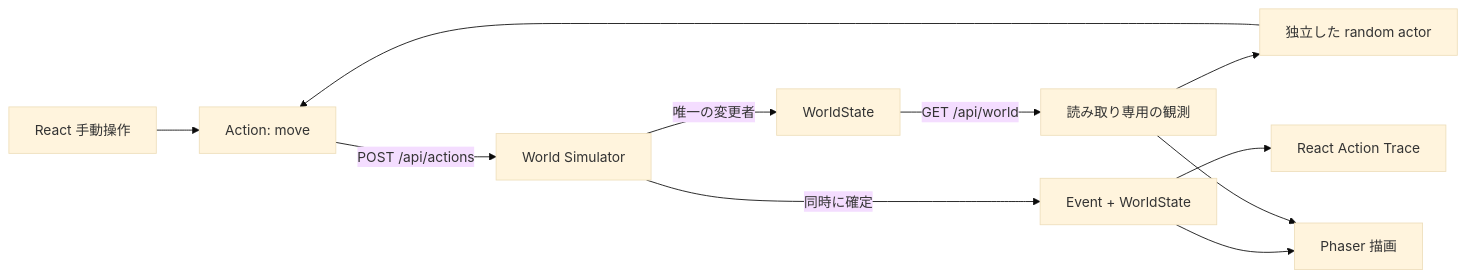
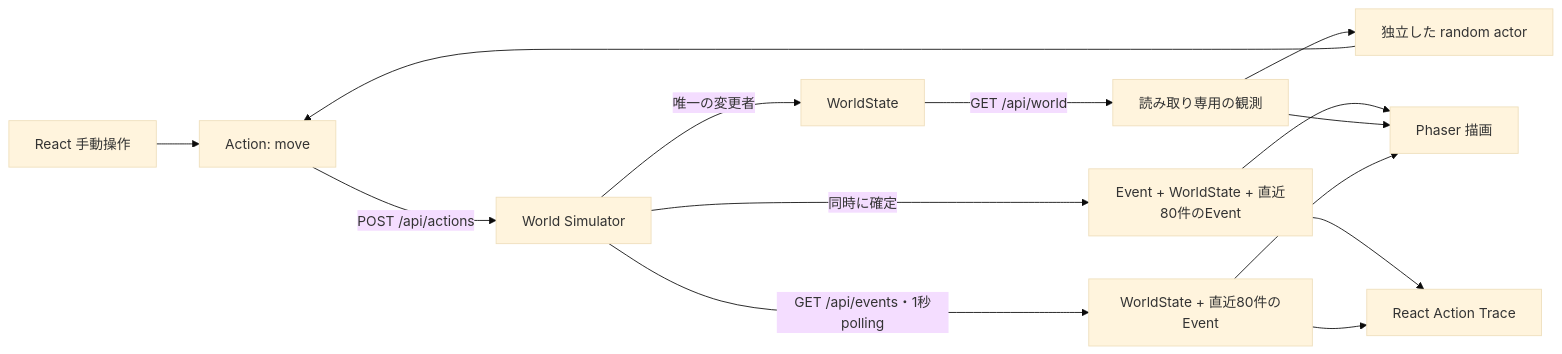
Before and after one commit to yomote/agent-world: the diagram in docs/architecture.md, drawn with Mermaid (base theme). The commit also changed other lines of this file and 14 other files, not shown here.

Commit message:
feat: share bounded World action trace (#22)

````diff
--- a/docs/architecture.md
+++ b/docs/architecture.md
@@ -3,13 +3,16 @@
 ```mermaid
 flowchart LR
   Manual[React 手動操作] --> Action
   Actor[独立した random actor] --> Action
   Action[Action: move] -->|POST /api/actions| Simulator[World Simulator]
   Simulator -->|唯一の変更者| State[WorldState]
-  Simulator -->|同時に確定| Result[Event + WorldState]
+  Simulator -->|同時に確定| Result[Event + WorldState + 直近80件のEvent]
   Result --> Trace[React Action Trace]
   Result --> Canvas[Phaser 描画]
   State -->|GET /api/world| Observation[読み取り専用の観測]
   Observation --> Actor
   Observation --> Canvas
+  Simulator -->|GET /api/events・1秒polling| History[WorldState + 直近80件のEvent]
+  History --> Trace
+  History --> Canvas
 ```
````
